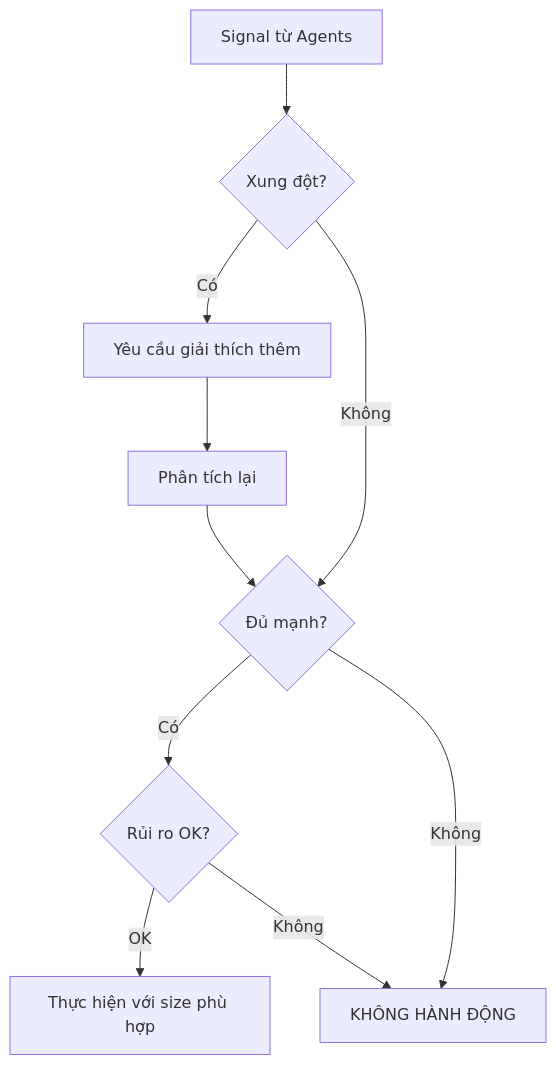
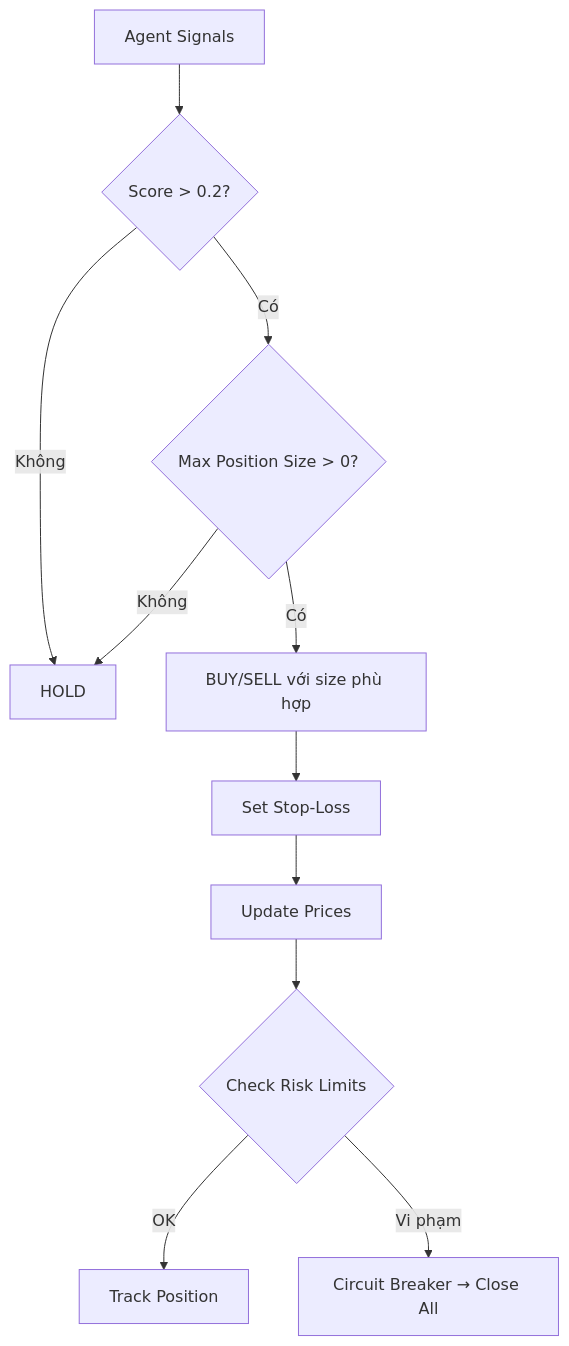
Before and after one commit to huythongbk15/LearnTradeAgent: the second of 3 diagrams in docs/reasoning.md, drawn with Mermaid. The commit also changed other lines of this file and 38 other files, not shown here.

````diff
--- a/docs/reasoning.md
+++ b/docs/reasoning.md
@@ -193,12 +188,13 @@
 ```mermaid
 graph TD
-    A[Signal từ Agents] --> B{Xung đột?}
-    B -->|Có| C[Yêu cầu giải thích thêm]
-    B -->|Không| D{Đủ mạnh?}
-    C --> E[Phân tích lại]
-    E --> D
-    D -->|Có| F{Rủi ro OK?}
-    D -->|Không| G[KHÔNG HÀNH ĐỘNG]
-    F -->|OK| H[Thực hiện với size phù hợp]
-    F -->|Không| G
+    A[Agent Signals] --> B{Score > 0.2?}
+    B -->|Có| C{Max Position Size > 0?}
+    B -->|Không| D[HOLD]
+    C -->|Có| E[BUY/SELL với size phù hợp]
+    C -->|Không| D
+    E --> F[Set Stop-Loss]
+    F --> G[Update Prices]
+    G --> H{Check Risk Limits}
+    H -->|OK| I[Track Position]
+    H -->|Vi phạm| J[Circuit Breaker → Close All]
 ```
````
